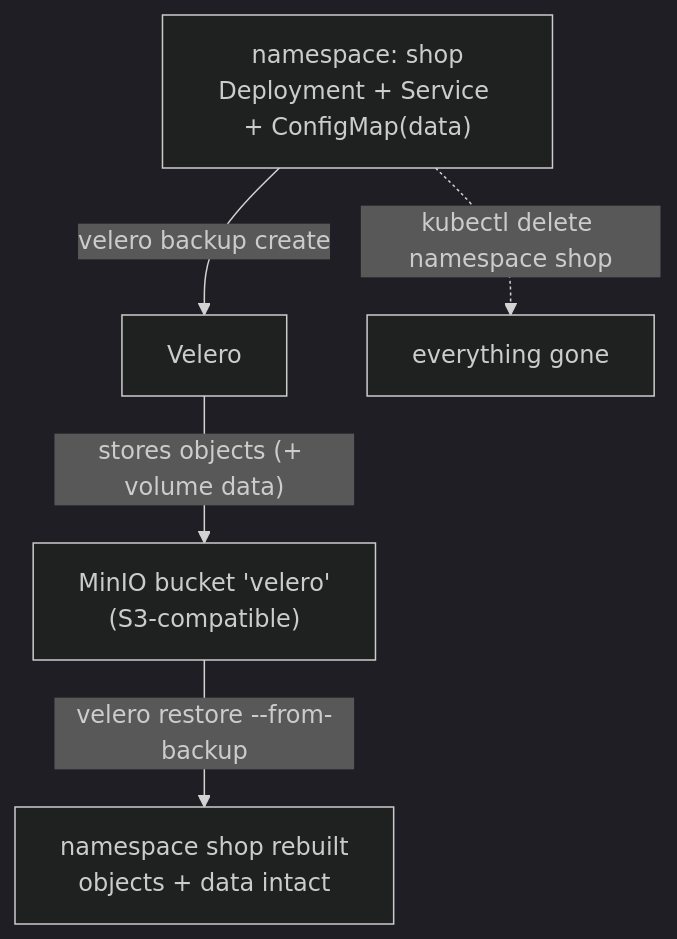
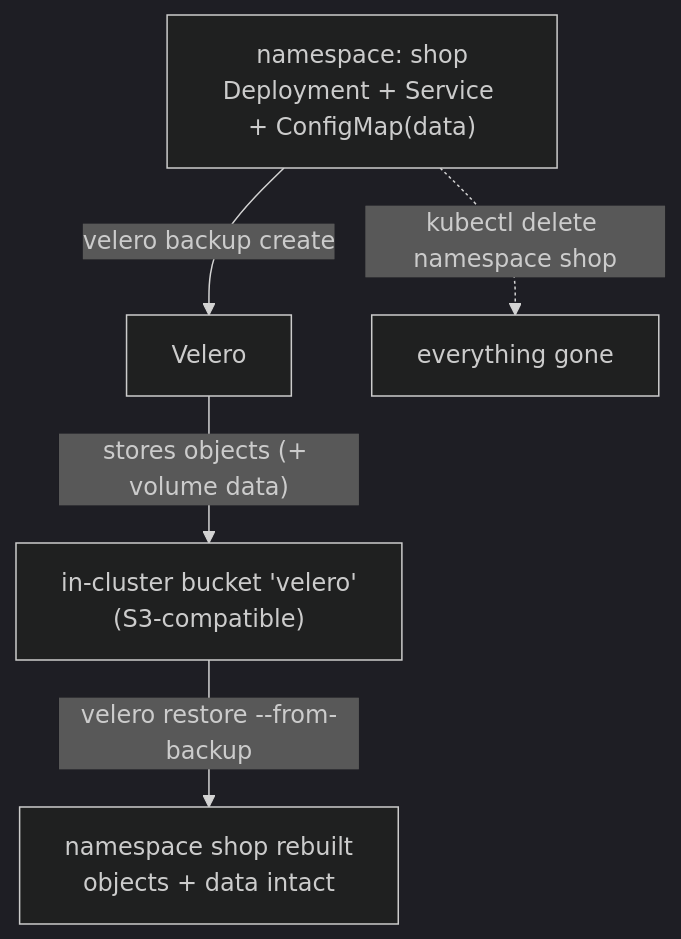
The diagram in day-2-stateful-storage-and-exposure/lab-12-velero-backup-restore.md (datacouch-io/Advanced_Kubernetes_Nutanix), drawn with Mermaid (dark theme) before and after one commit. The commit also changed other lines of this file and 22 other files, not shown here.

````diff
--- a/day-2-stateful-storage-and-exposure/lab-12-velero-backup-restore.md
+++ b/day-2-stateful-storage-and-exposure/lab-12-velero-backup-restore.md
@@ -42,7 +42,7 @@
 ```mermaid
 flowchart TB
     NS["namespace: shop<br/>Deployment + Service + ConfigMap(data)"] -->|"velero backup create"| VELERO["Velero"]
-    VELERO -->|"stores objects (+ volume data)"| MINIO["MinIO bucket 'velero'<br/>(S3-compatible)"]
+    VELERO -->|"stores objects (+ volume data)"| MINIO["in-cluster bucket 'velero'<br/>(S3-compatible)"]
     NS -.->|"kubectl delete namespace shop"| GONE["everything gone"]
     MINIO -->|"velero restore --from-backup"| RESTORED["namespace shop rebuilt<br/>objects + data intact"]
 ```
````
